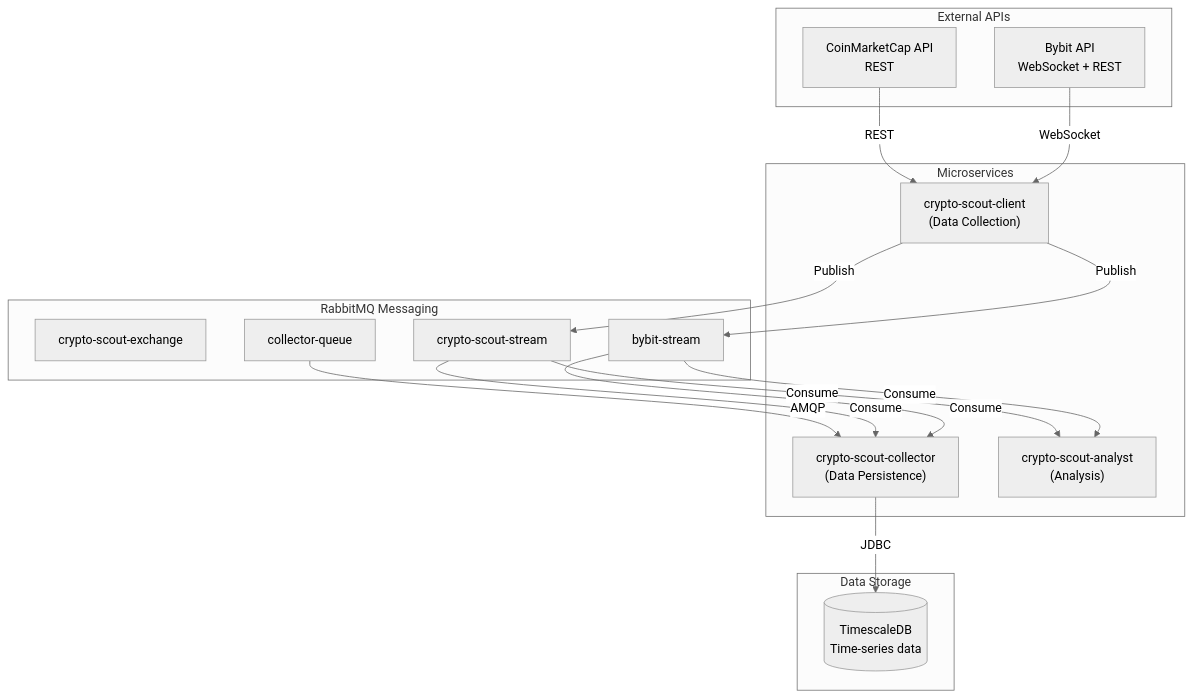
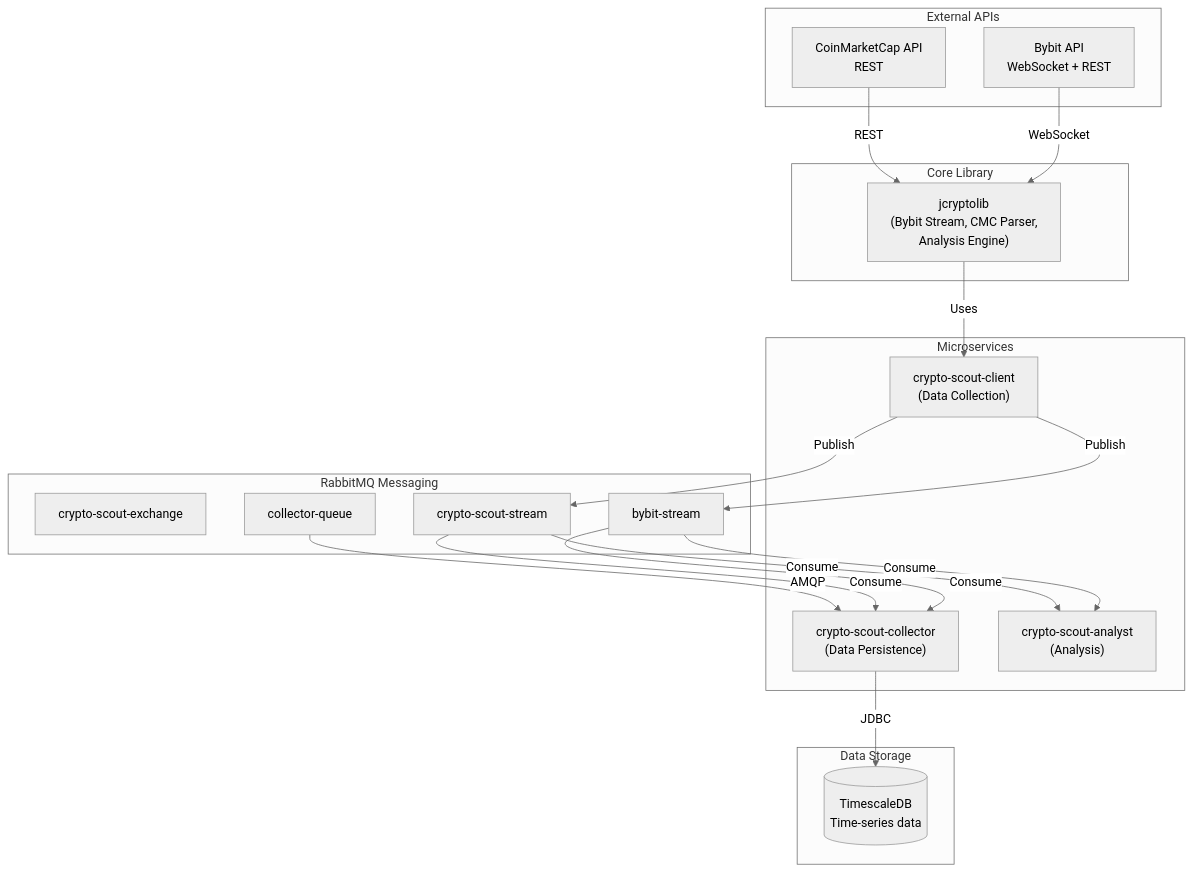
The diagram in .opencode/skills/project-architecture/SKILL.md (akarazhev/crypto-scout), drawn with Mermaid (neutral theme) before and after one commit. The commit also changed other lines of this file and 6 other files, not shown here.

````diff
--- a/.opencode/skills/project-architecture/SKILL.md
+++ b/.opencode/skills/project-architecture/SKILL.md
@@ -18,35 +18,40 @@
 ```mermaid
 flowchart TB
     subgraph External["External APIs"]
         Bybit["Bybit API<br/>WebSocket + REST"]
         CMC["CoinMarketCap API<br/>REST"]
+    end
+    
+    subgraph Library["Core Library"]
+        JCL["jcryptolib<br/>(Bybit Stream, CMC Parser,<br/>Analysis Engine)"]
     end
     
     subgraph Messaging["RabbitMQ Messaging"]
         EX["crypto-scout-exchange"]
         BS["bybit-stream"]
         CS["crypto-scout-stream"]
         CQ["collector-queue"]
     end
     
     subgraph Services["Microservices"]
         Client["crypto-scout-client<br/>(Data Collection)"]
         Collector["crypto-scout-collector<br/>(Data Persistence)"]
         Analyst["crypto-scout-analyst<br/>(Analysis)"]
     end
     
     subgraph Storage["Data Storage"]
         DB[("TimescaleDB<br/>Time-series data")]
     end
     
-    Bybit -->|WebSocket| Client
-    CMC -->|REST| Client
+    Bybit -->|WebSocket| JCL
+    CMC -->|REST| JCL
+    JCL -->|Uses| Client
     Client -->|Publish| BS
     Client -->|Publish| CS
     BS -->|Consume| Collector
     CS -->|Consume| Collector
     Collector -->|JDBC| DB
     BS -->|Consume| Analyst
     CS -->|Consume| Analyst
     CQ -->|AMQP| Collector
 ```
````
